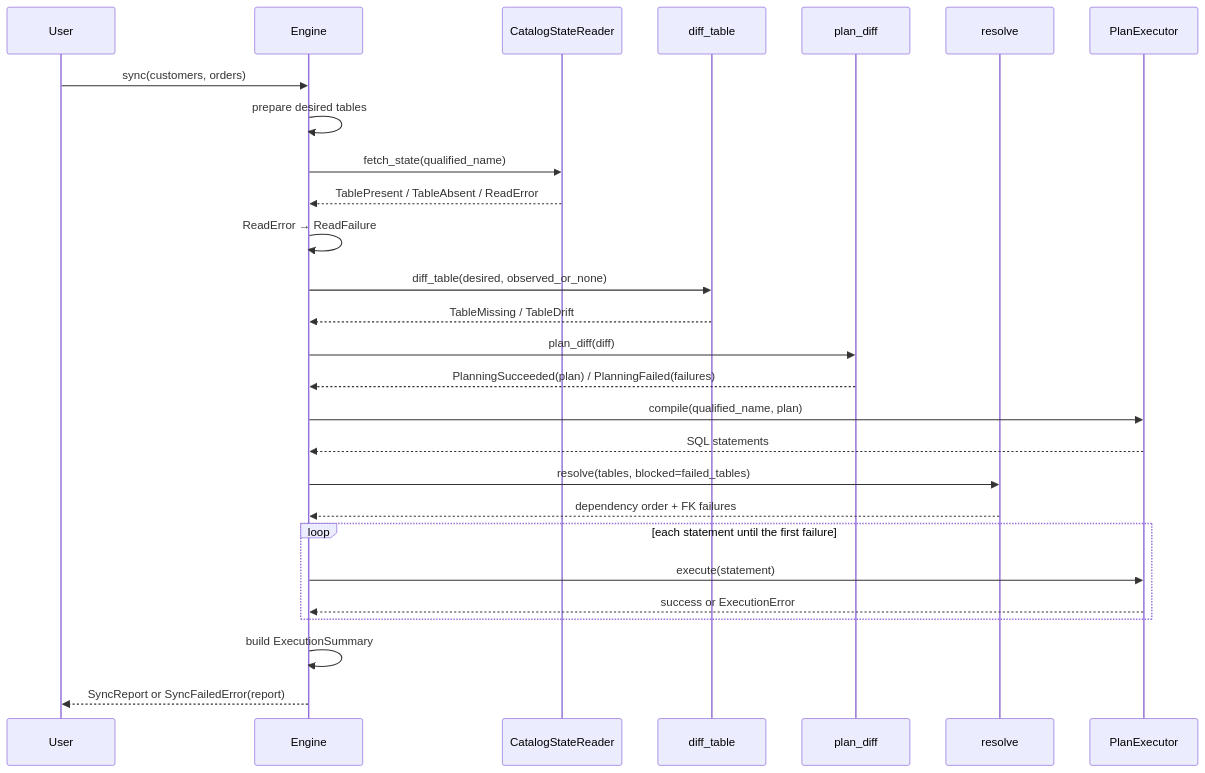
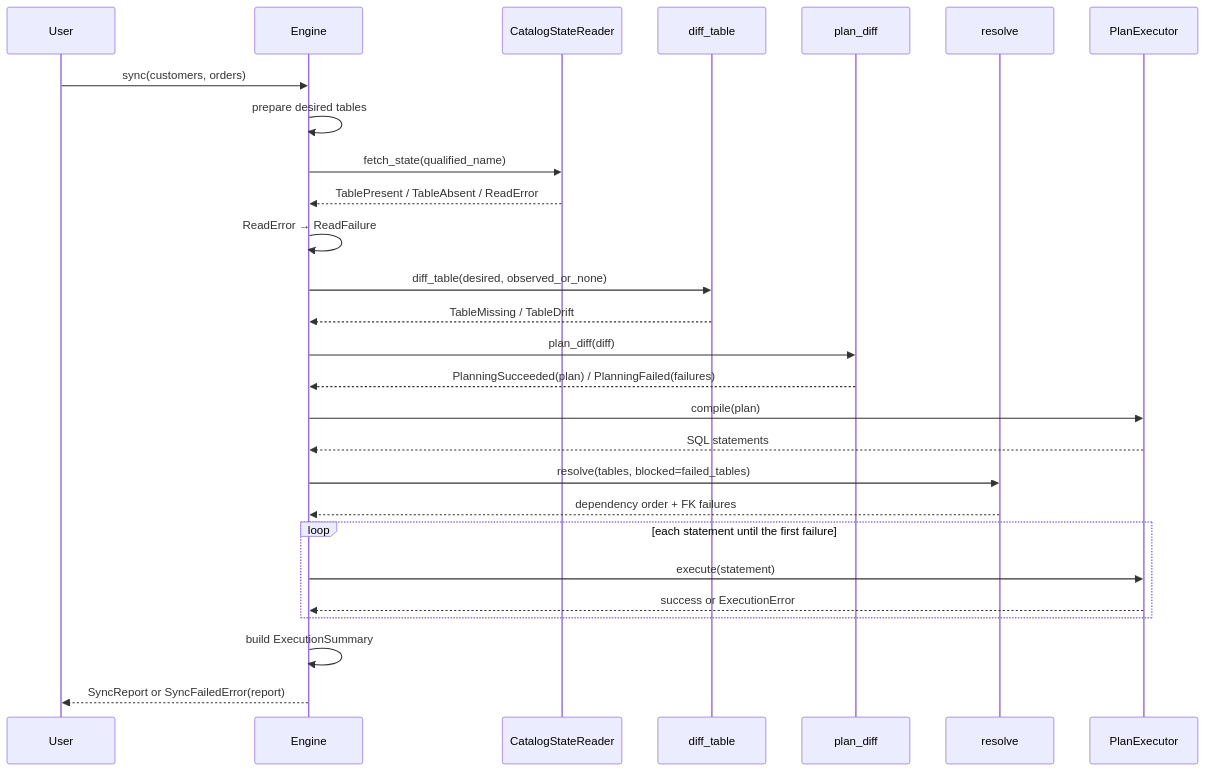
Before and after one commit to Tomoscorbin/delta-engine: the third of 5 diagrams in docs/explanation-architecture.md, drawn with Mermaid. The commit also changed other lines of this file and 22 other files, not shown here.

````diff
--- a/docs/explanation-architecture.md
+++ b/docs/explanation-architecture.md
@@ -253,30 +254,30 @@
 ```mermaid
 sequenceDiagram
     participant User
     participant Engine
     participant Reader as CatalogStateReader
     participant Differ as diff_table
     participant Planner as plan_diff
     participant Resolver as resolve
     participant Executor as PlanExecutor
 
     User->>Engine: sync(customers, orders)
     Engine->>Engine: prepare desired tables
     Engine->>Reader: fetch_state(qualified_name)
     Reader-->>Engine: TablePresent / TableAbsent / ReadError
     Engine->>Engine: ReadError → ReadFailure
     Engine->>Differ: diff_table(desired, observed_or_none)
     Differ-->>Engine: TableMissing / TableDrift
     Engine->>Planner: plan_diff(diff)
     Planner-->>Engine: PlanningSucceeded(plan) / PlanningFailed(failures)
-    Engine->>Executor: compile(qualified_name, plan)
+    Engine->>Executor: compile(plan)
     Executor-->>Engine: SQL statements
     Engine->>Resolver: resolve(tables, blocked=failed_tables)
     Resolver-->>Engine: dependency order + FK failures
     loop each statement until the first failure
         Engine->>Executor: execute(statement)
         Executor-->>Engine: success or ExecutionError
     end
     Engine->>Engine: build ExecutionSummary
     Engine-->>User: SyncReport or SyncFailedError(report)
 ```
````
